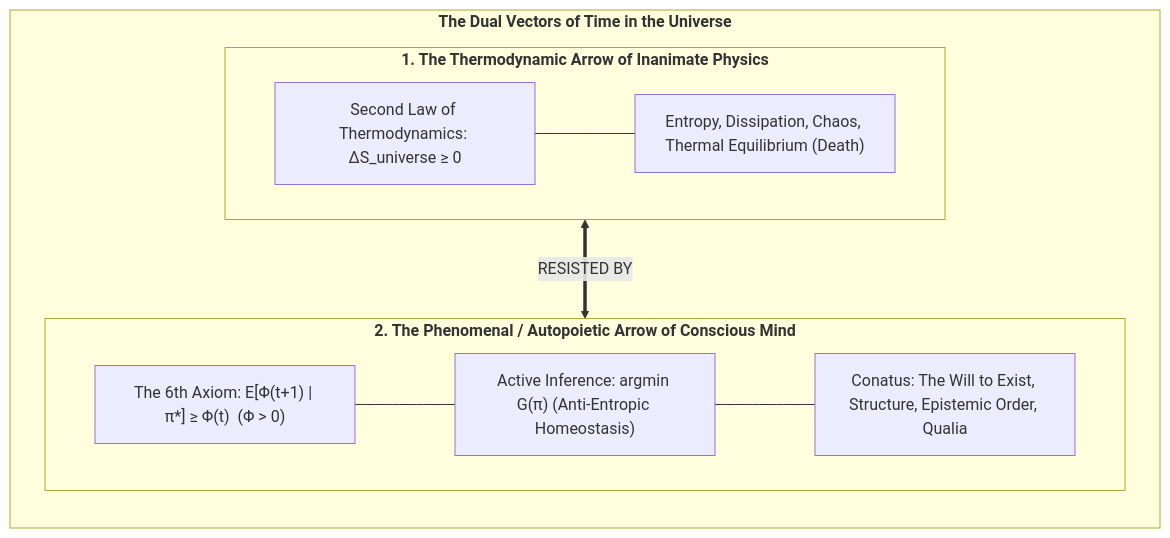
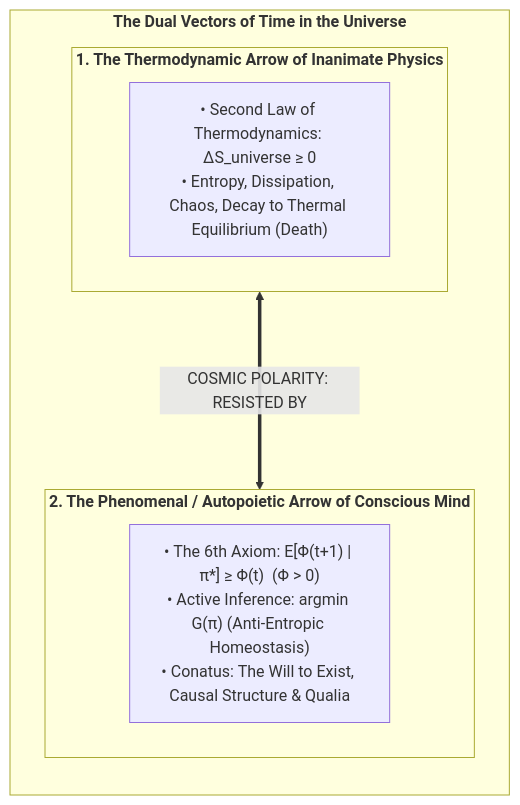
Before and after one commit to Thriebl/active-inference-phi-network: the third of 3 diagrams in book/manuscript_en/06_temporal_mechanics_of_consciousness_and_specious_present.md, drawn with Mermaid. The commit also changed other lines of this file and 20 other files, not shown here.

Commit message:
Remove BTW line from dedication and optimize all Mermaid flowcharts for unified readable font size and layout

````diff
--- a/book/manuscript_en/06_temporal_mechanics_of_consciousness_and_specious_present.md
+++ b/book/manuscript_en/06_temporal_mechanics_of_consciousness_and_specious_present.md
@@ -82,21 +85,16 @@
 ```mermaid
-flowchart LR
+flowchart TD
     subgraph ARROWS["<b>The Dual Vectors of Time in the Universe</b>"]
         direction TB
         
         subgraph THERMO["<b>1. The Thermodynamic Arrow of Inanimate Physics</b>"]
-            T1["Second Law of Thermodynamics: ΔS_universe ≥ 0"]
-            T2["Entropy, Dissipation, Chaos, Thermal Equilibrium (Death)"]
-            T1 --- T2
+            T1["• Second Law of Thermodynamics: ΔS_universe ≥ 0<br>• Entropy, Dissipation, Chaos, Decay to Thermal Equilibrium (Death)"]
         end
         
         subgraph CONATIVE["<b>2. The Phenomenal / Autopoietic Arrow of Conscious Mind</b>"]
-            C1["The 6th Axiom: E[Φ(t+1) | π*] ≥ Φ(t)  (Φ > 0)"]
-            C2["Active Inference: argmin G(π) (Anti-Entropic Homeostasis)"]
-            C3["Conatus: The Will to Exist, Structure, Epistemic Order, Qualia"]
-            C1 --- C2 --- C3
+            C1["• The 6th Axiom: E[Φ(t+1) | π*] ≥ Φ(t)  (Φ > 0)<br>• Active Inference: argmin G(π) (Anti-Entropic Homeostasis)<br>• Conatus: The Will to Exist, Causal Structure & Qualia"]
         end
         
-        THERMO <== "RESISTED BY" ==> CONATIVE
+        THERMO <===>|"COSMIC POLARITY: RESISTED BY"| CONATIVE
     end
 ```
````
